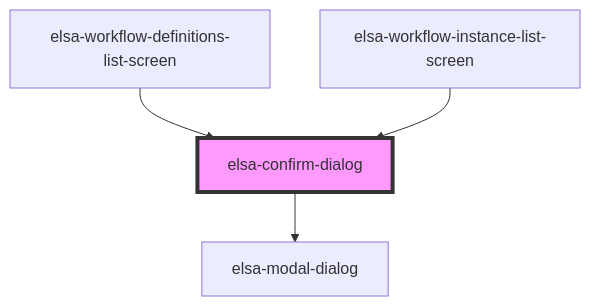
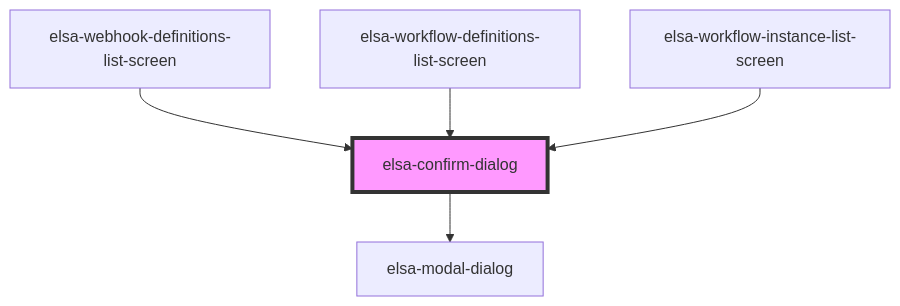
Before and after one commit to elsa-workflows/elsa-core: the diagram in src/designer/elsa-workflows-studio/src/components/shared/elsa-confirm-dialog/readme.md, drawn with Mermaid. The commit also changed other lines of this file and 89 other files, not shown here.

````diff
--- a/src/designer/elsa-workflows-studio/src/components/shared/elsa-confirm-dialog/readme.md
+++ b/src/designer/elsa-workflows-studio/src/components/shared/elsa-confirm-dialog/readme.md
@@ -43,7 +44,8 @@
 ```mermaid
 graph TD;
   elsa-confirm-dialog --> elsa-modal-dialog
+  elsa-webhook-definitions-list-screen --> elsa-confirm-dialog
   elsa-workflow-definitions-list-screen --> elsa-confirm-dialog
   elsa-workflow-instance-list-screen --> elsa-confirm-dialog
   style elsa-confirm-dialog fill:#f9f,stroke:#333,stroke-width:4px
 ```
````
